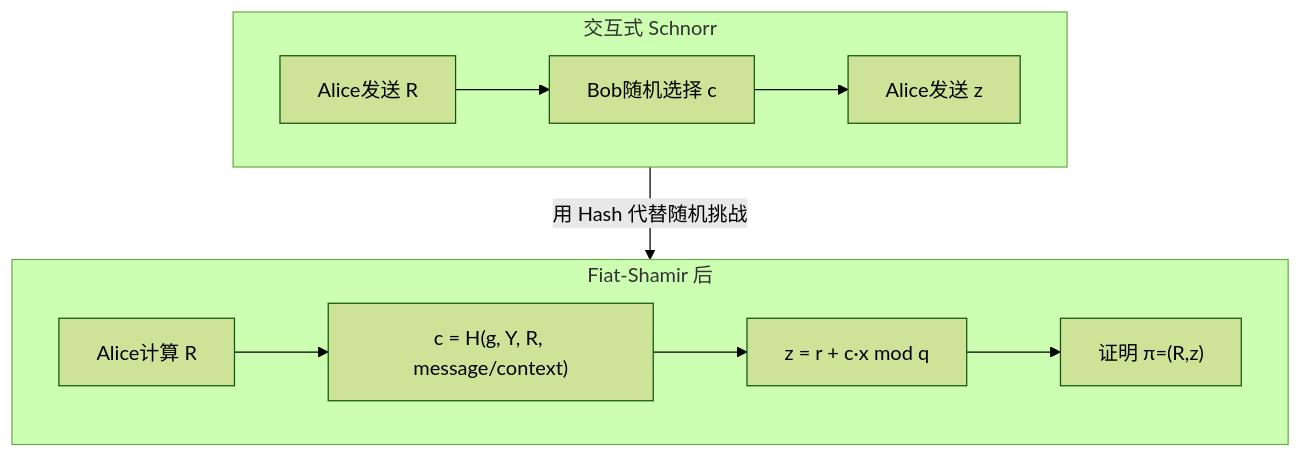
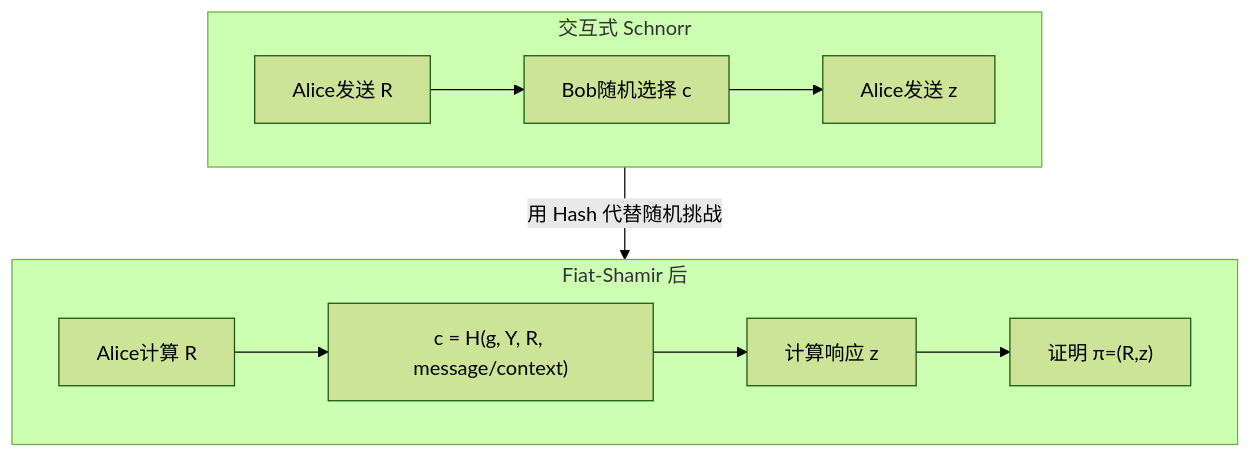
Before and after one commit to 22mouseok-crypto/obsidian-vault: the fifth of 21 diagrams in 大三下/密码协议/密码协议期末复习-Obsidian视觉版.md, drawn with Mermaid (forest theme). The commit also changed other lines of this file, not shown here.

````diff
--- a/大三下/密码协议/密码协议期末复习-Obsidian视觉版.md
+++ b/大三下/密码协议/密码协议期末复习-Obsidian视觉版.md
@@ -162,15 +231,15 @@
 ```mermaid
 flowchart TB
     subgraph Interactive[交互式 Schnorr]
       I1[Alice发送 R] --> I2[Bob随机选择 c]
       I2 --> I3[Alice发送 z]
     end
 
     subgraph NonInteractive[Fiat-Shamir 后]
       N1[Alice计算 R] --> N2["c = H(g, Y, R, message/context)"]
-      N2 --> N3["z = r + c·x mod q"]
+      N2 --> N3[计算响应 z]
       N3 --> N4["证明 π=(R,z)"]
     end
 
     Interactive -->|用 Hash 代替随机挑战| NonInteractive
 ```
````
